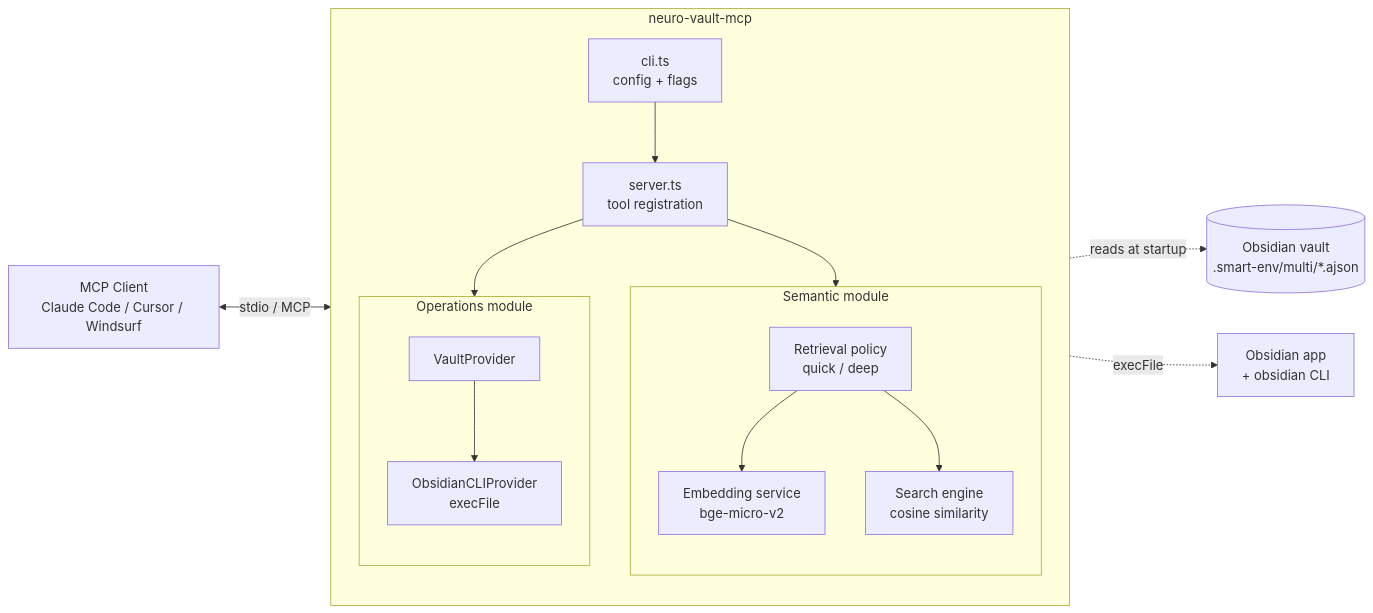
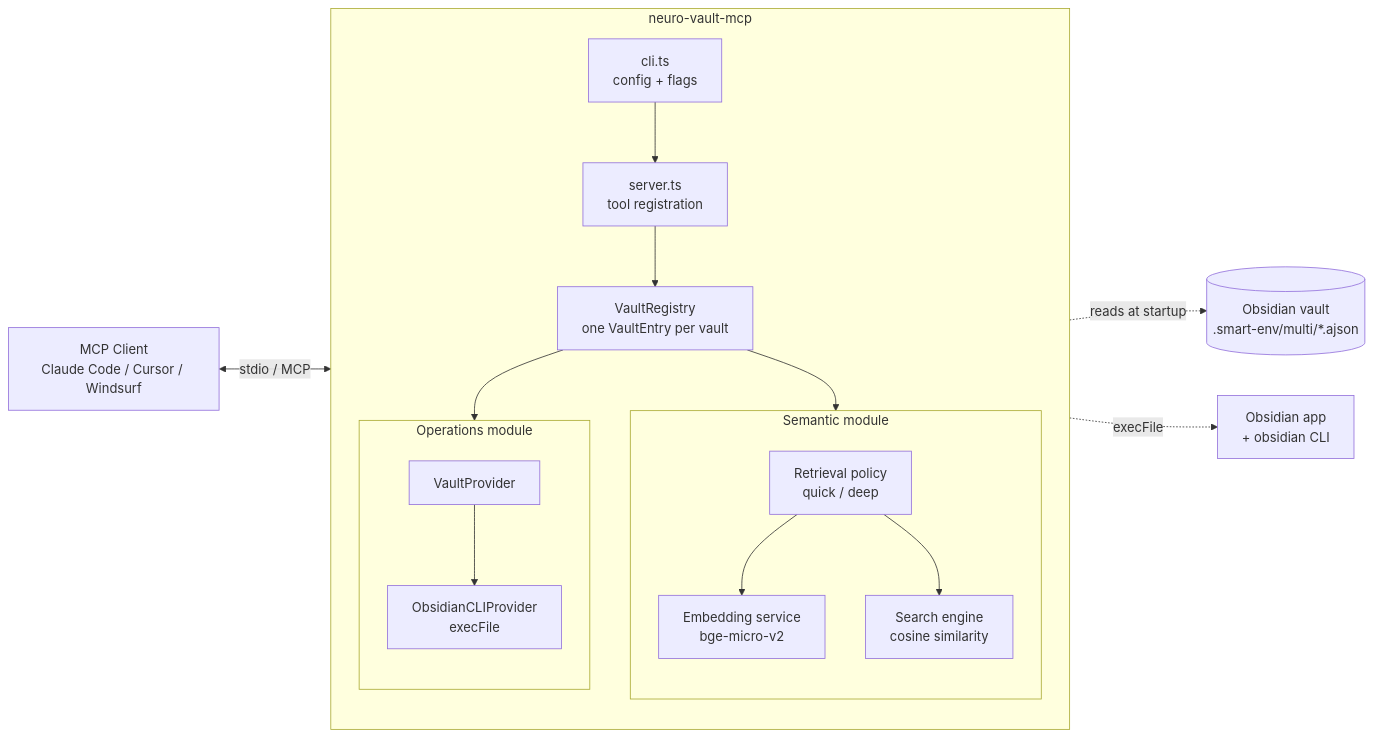
One commit to AlexMost/neuro-vault changed the diagram in docs/architecture/module-structure.md. Above: the diagram before and after it, drawn with Mermaid. The commit also changed other lines of this file and 4 other files, not shown here.

First line of the commit message:
docs(architecture): vault-registry concept + multi-vault touch-ups

````diff
--- a/docs/architecture/module-structure.md
+++ b/docs/architecture/module-structure.md
@@ -46,31 +52,33 @@
 ```mermaid
 flowchart LR
     Client[MCP Client<br/>Claude Code / Cursor / Windsurf]
     subgraph Server[neuro-vault-mcp]
         direction TB
         CLI[cli.ts<br/>config + flags]
         Core[server.ts<br/>tool registration]
+        Registry[VaultRegistry<br/>one VaultEntry per vault]
         subgraph Semantic[Semantic module]
             direction TB
             Retrieval[Retrieval policy<br/>quick / deep]
             Embed[Embedding service<br/>bge-micro-v2]
             Search[Search engine<br/>cosine similarity]
         end
         subgraph Operations[Operations module]
             direction TB
             Provider[VaultProvider]
             CLIProv[ObsidianCLIProvider<br/>execFile]
         end
         CLI --> Core
-        Core --> Semantic
-        Core --> Operations
+        Core --> Registry
+        Registry --> Semantic
+        Registry --> Operations
         Retrieval --> Embed
         Retrieval --> Search
         Provider --> CLIProv
     end
     Vault[(Obsidian vault<br/>.smart-env/multi/*.ajson)]
     Obs[Obsidian app<br/>+ obsidian CLI]
     Client <-->|stdio / MCP| Core
     Search -. reads at startup .-> Vault
     CLIProv -. execFile .-> Obs
 ```
````
